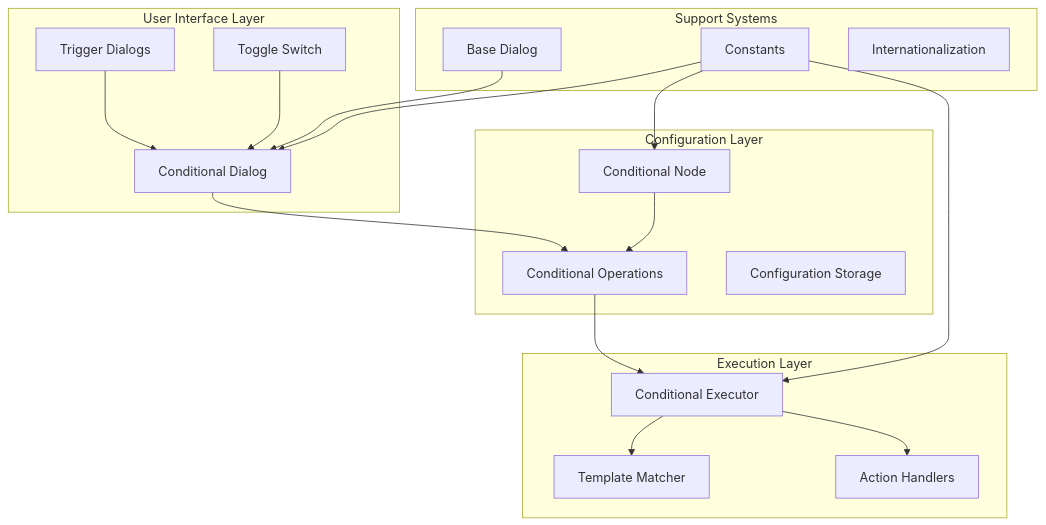
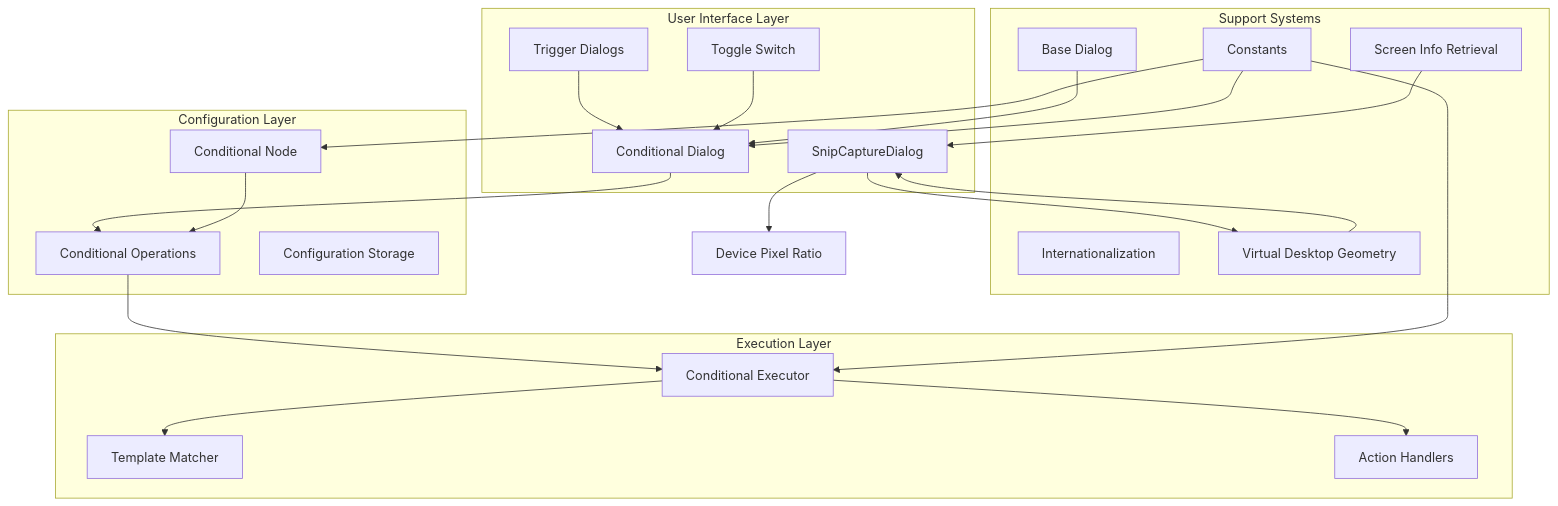
One commit to RodrigoBenitez343/Arrow changed the first of 10 diagrams in .qoder/repowiki/en/content/Conditional Dialogs.md. Above: the diagram before and after it, drawn with Mermaid. The commit also changed other lines of this file and 53 other files, not shown here.

````diff
--- a/.qoder/repowiki/en/content/Conditional Dialogs.md
+++ b/.qoder/repowiki/en/content/Conditional Dialogs.md
@@ -38,34 +48,41 @@
 ```mermaid
 graph TB
 subgraph "User Interface Layer"
 CD[Conditional Dialog]
 TD[Trigger Dialogs]
 TS[Toggle Switch]
+SCD[SnipCaptureDialog]
 end
 subgraph "Configuration Layer"
 CN[Conditional Node]
 CO[Conditional Operations]
 CFG[Configuration Storage]
 end
 subgraph "Execution Layer"
 CE[Conditional Executor]
 TM[Template Matcher]
 AH[Action Handlers]
 end
 subgraph "Support Systems"
 BD[Base Dialog]
 CT[Constants]
 I18N[Internationalization]
+SDR[Screen Info Retrieval]
+VGD[Virtual Desktop Geometry]
 end
 CD --> CO
 TD --> CD
 TS --> CD
+SCD --> SDP[Device Pixel Ratio]
+SCD --> VGD
 CN --> CO
 CO --> CE
 CE --> TM
 CE --> AH
 BD --> CD
 CT --> CD
 CT --> CN
 CT --> CE
+SDR --> SCD
+VGD --> SCD
 ```
````
